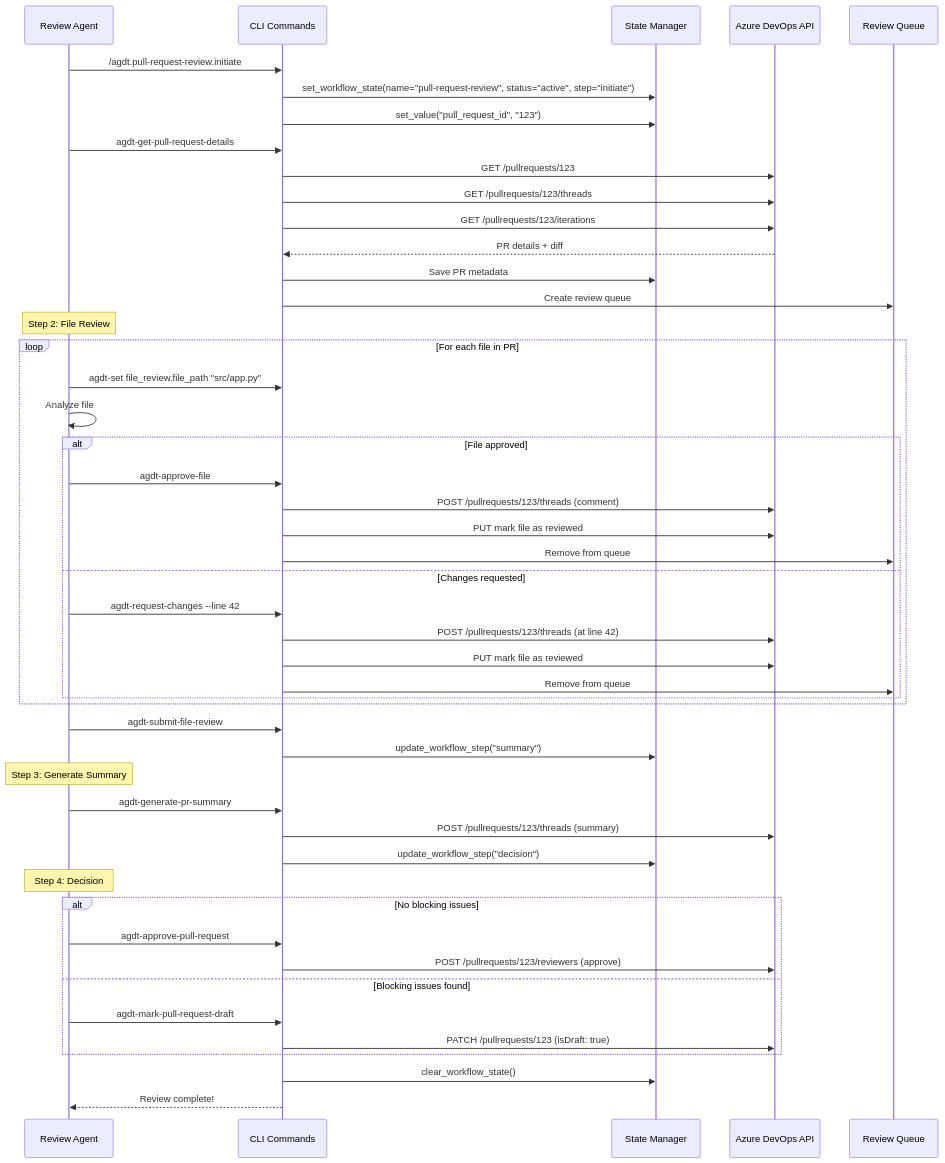
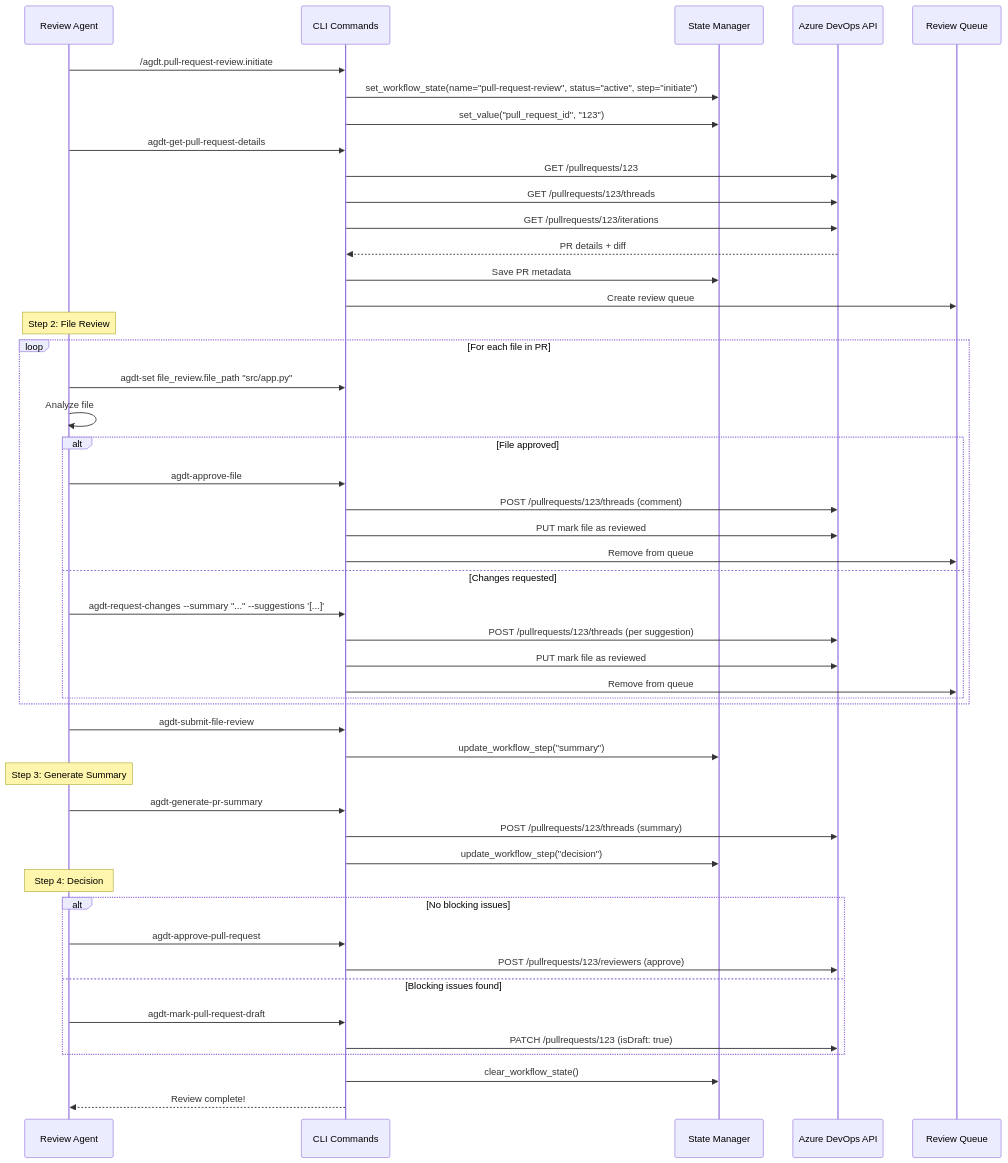
One commit to ayaiayorg/agentic-devtools changed the third of 7 diagrams in docs/06-runtime-view.md. Above: the diagram before and after it, drawn with Mermaid. The commit also changed 4 other files, not shown here.

Commit message:
Address review: file-scoped summary, end_line None handling, path normalization, docs update

````diff
--- a/docs/06-runtime-view.md
+++ b/docs/06-runtime-view.md
@@ -122,58 +122,58 @@
 ```mermaid
 sequenceDiagram
     participant Agent as Review Agent
     participant CLI as CLI Commands
     participant State as State Manager
     participant ADO as Azure DevOps API
     participant Queue as Review Queue
     
     Agent->>CLI: /agdt.pull-request-review.initiate
     CLI->>State: set_workflow_state(name="pull-request-review", status="active", step="initiate")
     CLI->>State: set_value("pull_request_id", "123")
     
     Agent->>CLI: agdt-get-pull-request-details
     CLI->>ADO: GET /pullrequests/123
     CLI->>ADO: GET /pullrequests/123/threads
     CLI->>ADO: GET /pullrequests/123/iterations
     ADO-->>CLI: PR details + diff
     CLI->>State: Save PR metadata
     CLI->>Queue: Create review queue
     
     Note over Agent: Step 2: File Review
     loop For each file in PR
         Agent->>CLI: agdt-set file_review.file_path "src/app.py"
         Agent->>Agent: Analyze file
         
         alt File approved
             Agent->>CLI: agdt-approve-file
             CLI->>ADO: POST /pullrequests/123/threads (comment)
             CLI->>ADO: PUT mark file as reviewed
             CLI->>Queue: Remove from queue
         else Changes requested
-            Agent->>CLI: agdt-request-changes --line 42
-            CLI->>ADO: POST /pullrequests/123/threads (at line 42)
+            Agent->>CLI: agdt-request-changes --summary "..." --suggestions '[...]'
+            CLI->>ADO: POST /pullrequests/123/threads (per suggestion)
             CLI->>ADO: PUT mark file as reviewed
             CLI->>Queue: Remove from queue
         end
     end
     
     Agent->>CLI: agdt-submit-file-review
     CLI->>State: update_workflow_step("summary")
     
     Note over Agent: Step 3: Generate Summary
     Agent->>CLI: agdt-generate-pr-summary
     CLI->>ADO: POST /pullrequests/123/threads (summary)
     CLI->>State: update_workflow_step("decision")
     
     Note over Agent: Step 4: Decision
     alt No blocking issues
         Agent->>CLI: agdt-approve-pull-request
         CLI->>ADO: POST /pullrequests/123/reviewers (approve)
     else Blocking issues found
         Agent->>CLI: agdt-mark-pull-request-draft
         CLI->>ADO: PATCH /pullrequests/123 (isDraft: true)
     end
     
     CLI->>State: clear_workflow_state()
     CLI-->>Agent: Review complete!
 ```
````
